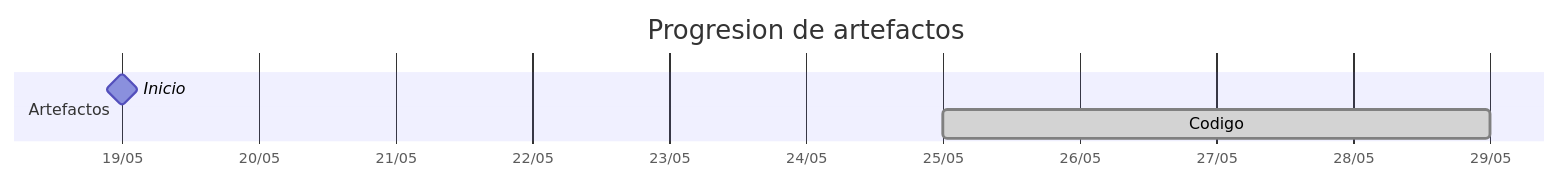
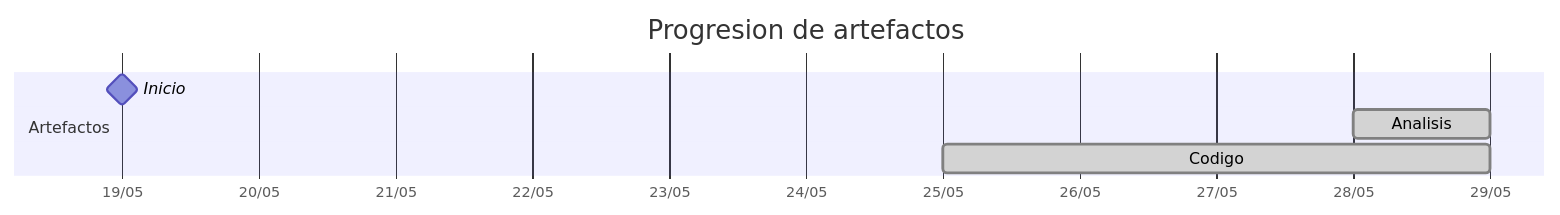
The diagram in TIMELINES/manuelmunoz8.md (carlos-alvarado-25/25-26-idsw2-sdVC), drawn with Mermaid before and after one commit. The commit also changed other lines of this file and 4 other files, not shown here.

````diff
--- a/TIMELINES/manuelmunoz8.md
+++ b/TIMELINES/manuelmunoz8.md
@@ -20,9 +20,10 @@
 ```mermaid
 gantt
     title Progresion de artefactos
     dateFormat YYYY-MM-DD
     axisFormat %d/%m
     section Artefactos
         Inicio       :milestone, 2026-05-19, 0d
+        Analisis     :done, 2026-05-28, 2026-05-29
         Codigo       :done, 2026-05-25, 2026-05-29
 ```
````
